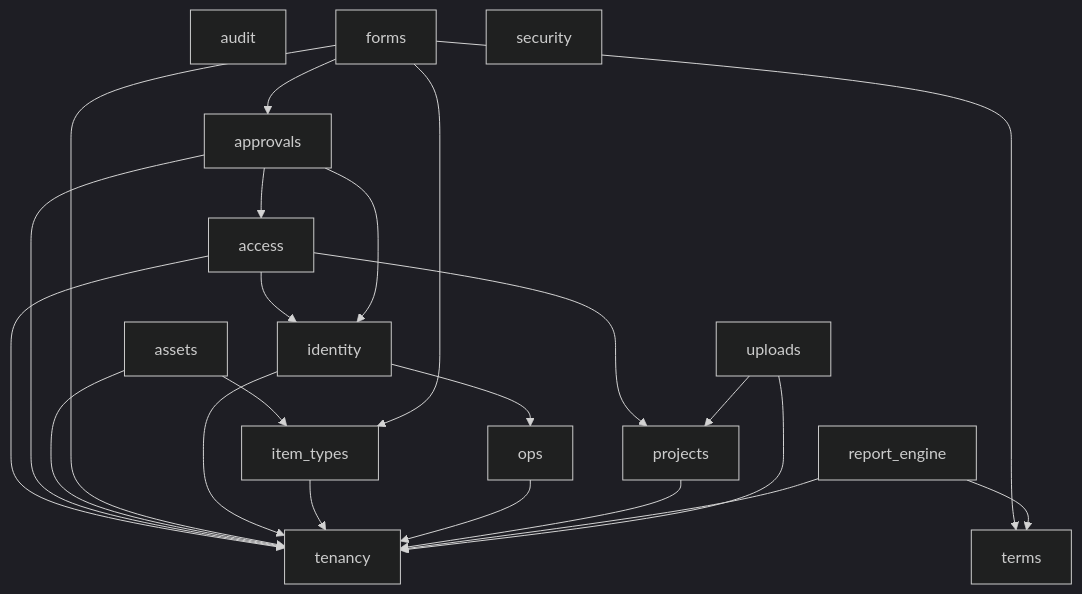
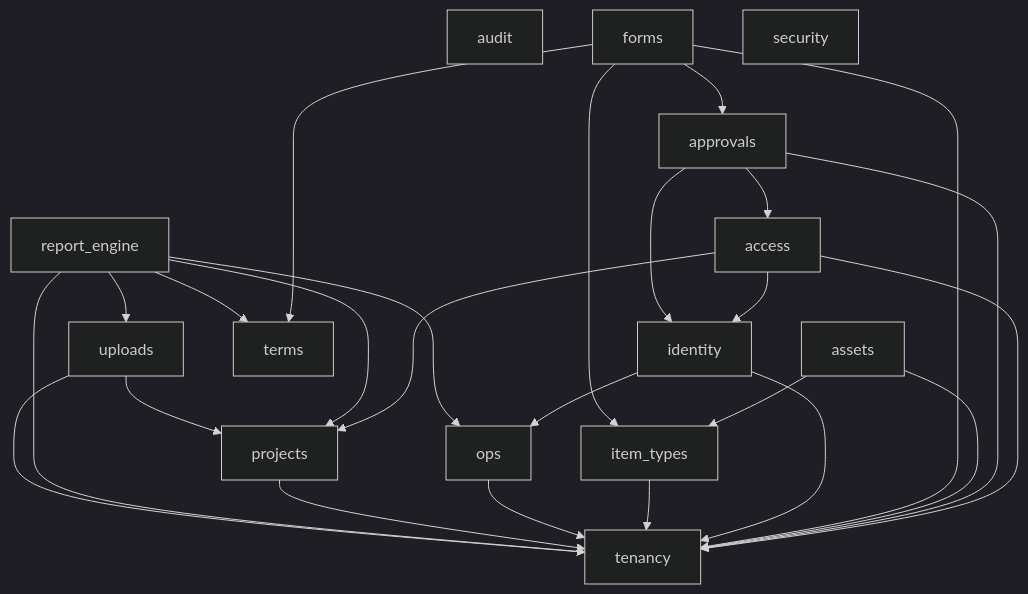
Before and after one commit to kingdonk-ops/Project-AIP: the diagram in docs/architecture/module-map.md, drawn with Mermaid (dark theme). The commit also changed other lines of this file and 58 other files, not shown here.

````diff
--- a/docs/architecture/module-map.md
+++ b/docs/architecture/module-map.md
@@ -29,28 +29,31 @@
 ```mermaid
 graph TD
     access --> identity
     access --> projects
     access --> tenancy
     approvals --> access
     approvals --> identity
     approvals --> tenancy
     assets --> item_types
     assets --> tenancy
     audit
     forms --> approvals
     forms --> item_types
     forms --> tenancy
     forms --> terms
     identity --> ops
     identity --> tenancy
     item_types --> tenancy
     ops --> tenancy
     projects --> tenancy
+    report_engine --> ops
+    report_engine --> projects
     report_engine --> tenancy
     report_engine --> terms
+    report_engine --> uploads
     security
     tenancy
     terms
     uploads --> projects
     uploads --> tenancy
 ```
````
